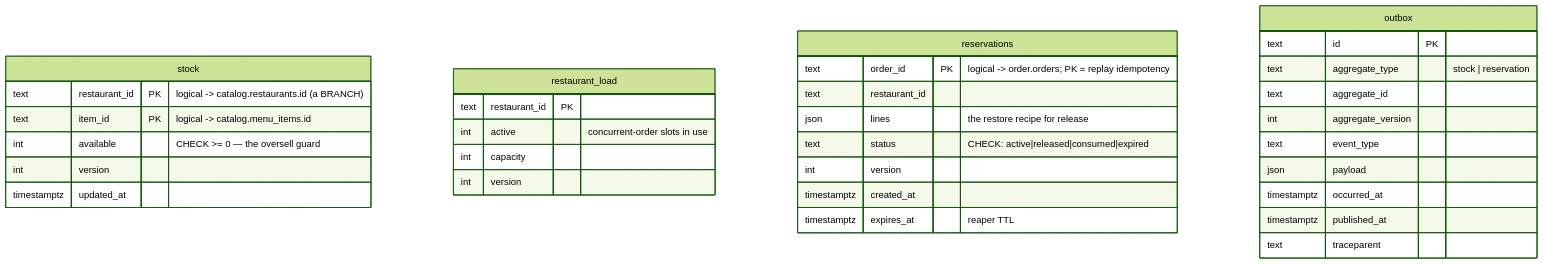
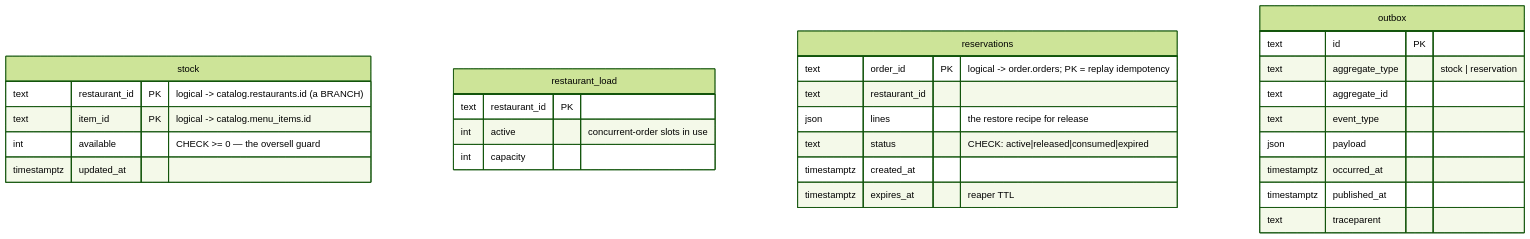
Before and after one commit to Aizazahmed-7/SmartFoodOps: the third of 7 diagrams in docs/erd.md, drawn with Mermaid (forest theme). The commit also changed other lines of this file, not shown here.

````diff
--- a/docs/erd.md
+++ b/docs/erd.md
@@ -238,36 +193,32 @@
 ```mermaid
 erDiagram
     stock {
         text restaurant_id PK "logical -> catalog.restaurants.id (a BRANCH)"
         text item_id PK "logical -> catalog.menu_items.id"
         int available "CHECK >= 0 — the oversell guard"
-        int version
         timestamptz updated_at
     }
     restaurant_load {
         text restaurant_id PK
         int active "concurrent-order slots in use"
         int capacity
-        int version
     }
     reservations {
         text order_id PK "logical -> order.orders; PK = replay idempotency"
         text restaurant_id
         json lines "the restore recipe for release"
         text status "CHECK: active|released|consumed|expired"
-        int version
         timestamptz created_at
         timestamptz expires_at "reaper TTL"
     }
     outbox {
         text id PK
         text aggregate_type "stock | reservation"
         text aggregate_id
-        int aggregate_version
         text event_type
         json payload
         timestamptz occurred_at
         timestamptz published_at
         text traceparent
     }
 ```
````
